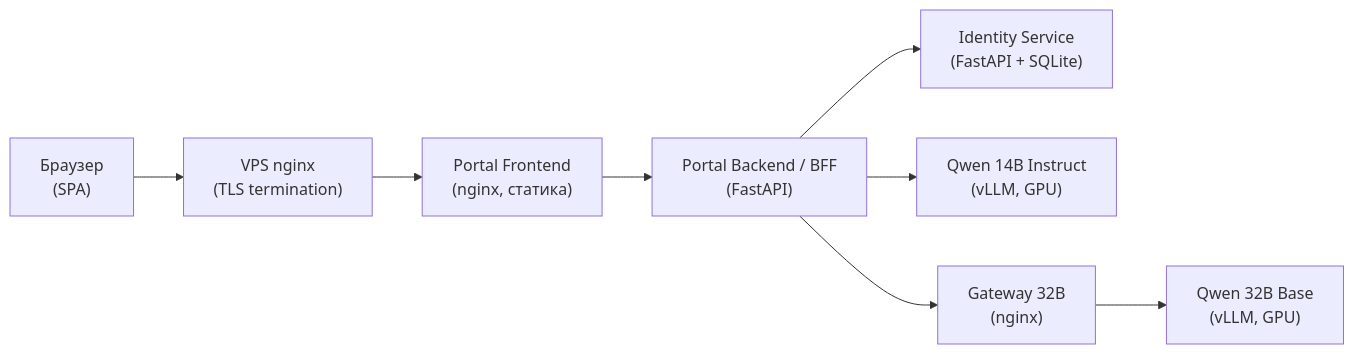
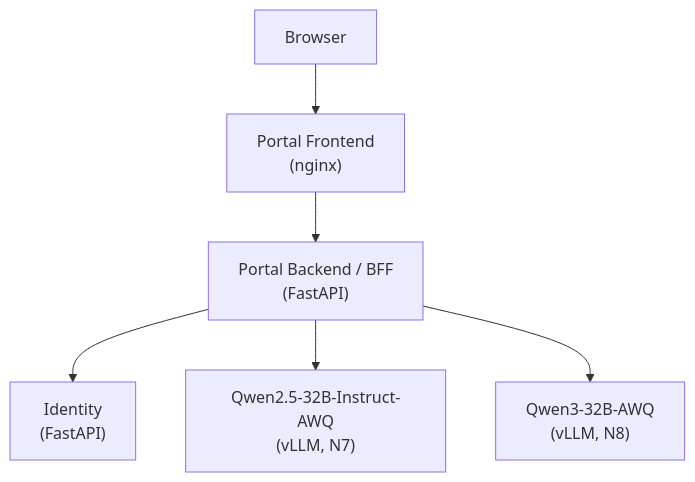
The diagram in aither-v2/README.md (dedvmedved-dot/aither-project), drawn with Mermaid before and after one commit. The commit also changed other lines of this file and 3 other files, not shown here.

````diff
--- a/aither-v2/README.md
+++ b/aither-v2/README.md
@@ -86,19 +86,15 @@
 ```mermaid
-flowchart LR
-    Browser["Браузер<br/>(SPA)"]
-    VPS["VPS nginx<br/>(TLS termination)"]
-    Frontend["Portal Frontend<br/>(nginx, статика)"]
+graph TD
+    Browser["Browser"]
+    PortalFrontend["Portal Frontend<br/>(nginx)"]
     PortalBackend["Portal Backend / BFF<br/>(FastAPI)"]
-    Identity["Identity Service<br/>(FastAPI + SQLite)"]
-    Model14B["Qwen 14B Instruct<br/>(vLLM, GPU)"]
-    Gateway32B["Gateway 32B<br/>(nginx)"]
-    Model32B["Qwen 32B Base<br/>(vLLM, GPU)"]
+    Identity["Identity<br/>(FastAPI)"]
+    Qwen25["Qwen2.5-32B-Instruct-AWQ<br/>(vLLM, N7)"]
+    Qwen3["Qwen3-32B-AWQ<br/>(vLLM, N8)"]
 
-    Browser --> VPS
-    VPS --> Frontend
-    Frontend --> PortalBackend
+    Browser --> PortalFrontend
+    PortalFrontend --> PortalBackend
     PortalBackend --> Identity
-    PortalBackend --> Model14B
-    PortalBackend --> Gateway32B
-    Gateway32B --> Model32B
+    PortalBackend --> Qwen25
+    PortalBackend --> Qwen3
 ```
````
